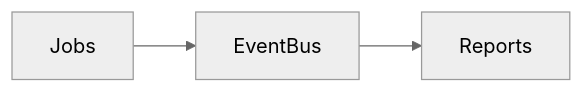
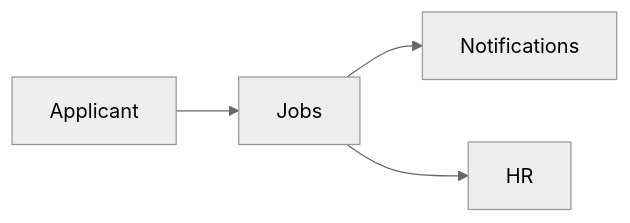
The diagram in ModulesDoc/JOBS.md (sameheg/cafeos), drawn with Mermaid (neutral theme) before and after one commit. The commit also changed other lines of this file and 21 other files, not shown here.

````diff
--- a/ModulesDoc/JOBS.md
+++ b/ModulesDoc/JOBS.md
@@ -16,5 +16,6 @@
 ```mermaid
 flowchart LR
-  A[Jobs] --> B[EventBus]
-  B --> C[Reports]
+  Applicant --> Jobs
+  Jobs --> Notifications
+  Jobs --> HR
 ```
````
